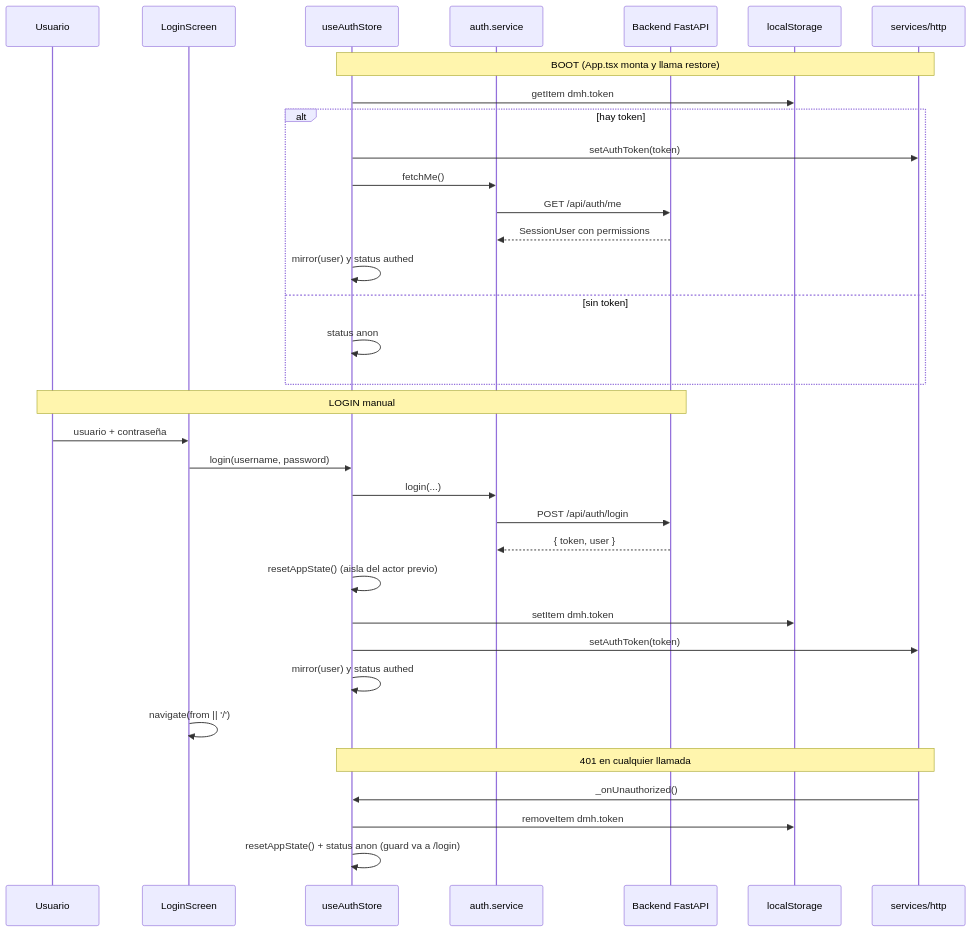
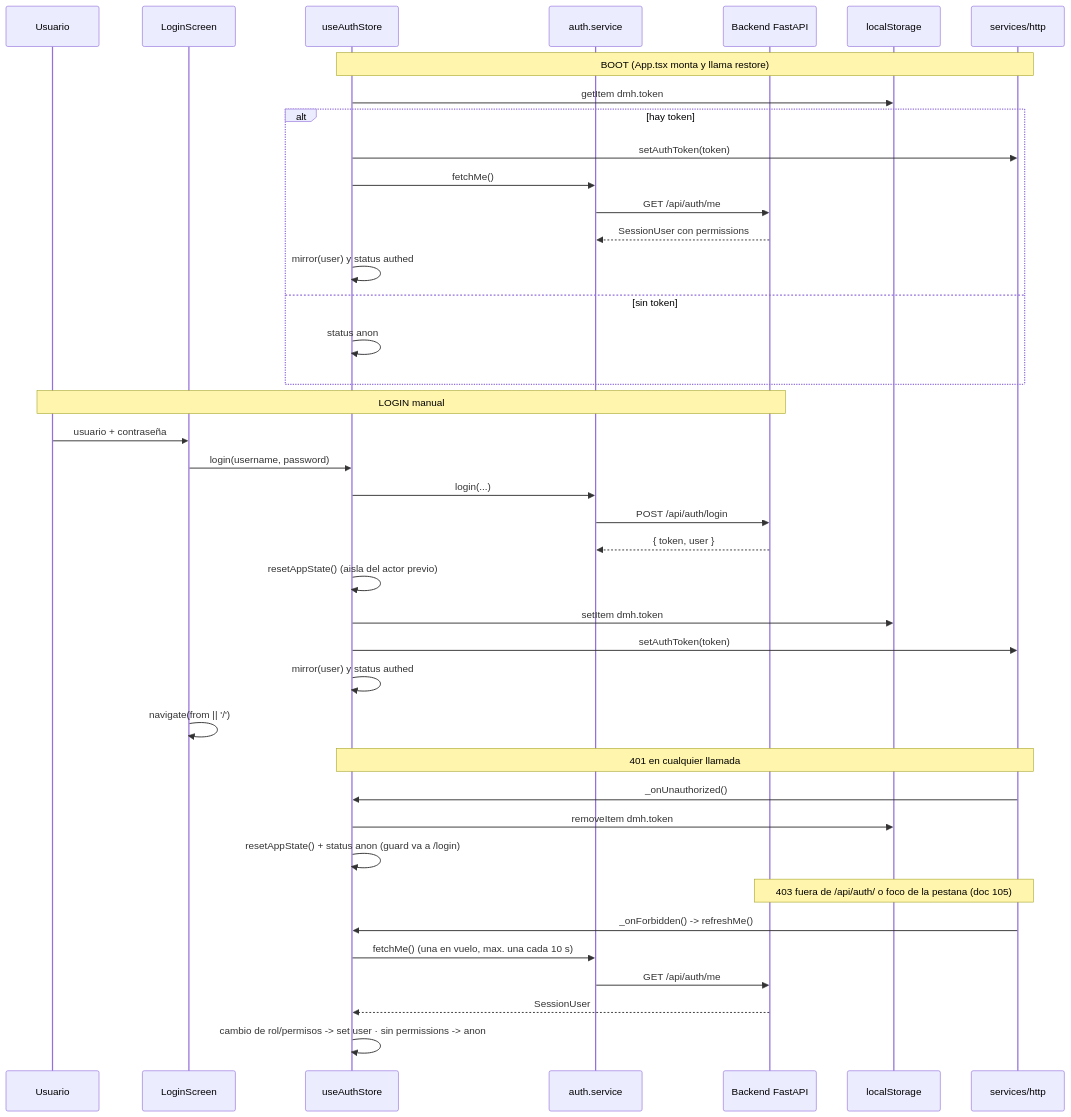
Before and after one commit to Carlosmps97/web-data-model-hub: the second of 8 diagrams in doc/data-flow.md, drawn with Mermaid. The commit also changed other lines of this file and 209 other files, not shown here.

````diff
--- a/doc/data-flow.md
+++ b/doc/data-flow.md
@@ -111,39 +117,46 @@
 ```mermaid
 sequenceDiagram
   participant U as Usuario
   participant Login as LoginScreen
   participant AS as useAuthStore
   participant Svc as auth.service
   participant API as Backend FastAPI
   participant LS as localStorage
   participant HTTP as services/http
 
   Note over AS,HTTP: BOOT (App.tsx monta y llama restore)
   AS->>LS: getItem dmh.token
   alt hay token
     AS->>HTTP: setAuthToken(token)
     AS->>Svc: fetchMe()
     Svc->>API: GET /api/auth/me
     API-->>Svc: SessionUser con permissions
     AS->>AS: mirror(user) y status authed
   else sin token
     AS->>AS: status anon
   end
 
   Note over U,API: LOGIN manual
   U->>Login: usuario + contraseña
   Login->>AS: login(username, password)
   AS->>Svc: login(...)
   Svc->>API: POST /api/auth/login
   API-->>Svc: { token, user }
   AS->>AS: resetAppState() (aisla del actor previo)
   AS->>LS: setItem dmh.token
   AS->>HTTP: setAuthToken(token)
   AS->>AS: mirror(user) y status authed
   Login->>Login: navigate(from || '/')
 
   Note over HTTP,AS: 401 en cualquier llamada
   HTTP->>AS: _onUnauthorized()
   AS->>LS: removeItem dmh.token
   AS->>AS: resetAppState() + status anon (guard va a /login)
+
+  Note over HTTP,API: 403 fuera de /api/auth/ o foco de la pestana (doc 105)
+  HTTP->>AS: _onForbidden() -> refreshMe()
+  AS->>Svc: fetchMe() (una en vuelo, max. una cada 10 s)
+  Svc->>API: GET /api/auth/me
+  API-->>AS: SessionUser
+  AS->>AS: cambio de rol/permisos -> set user · sin permissions -> anon
 ```
````
